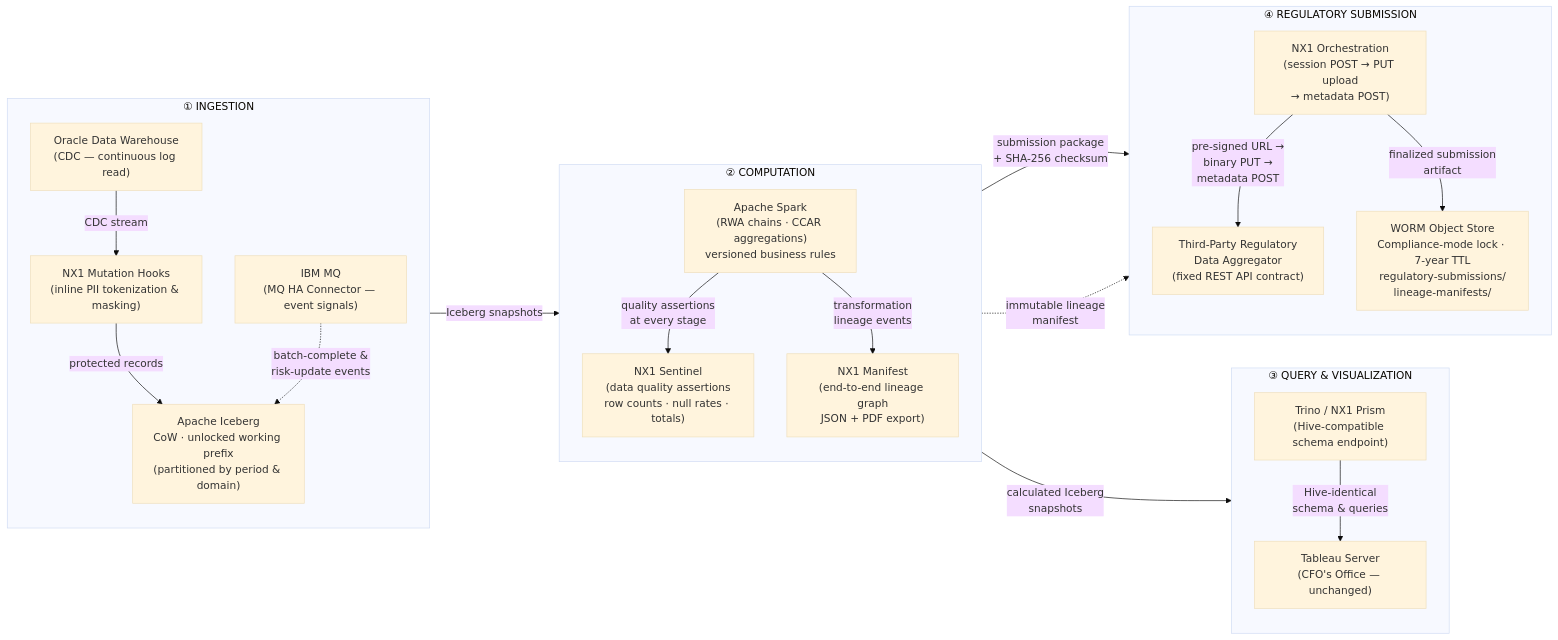
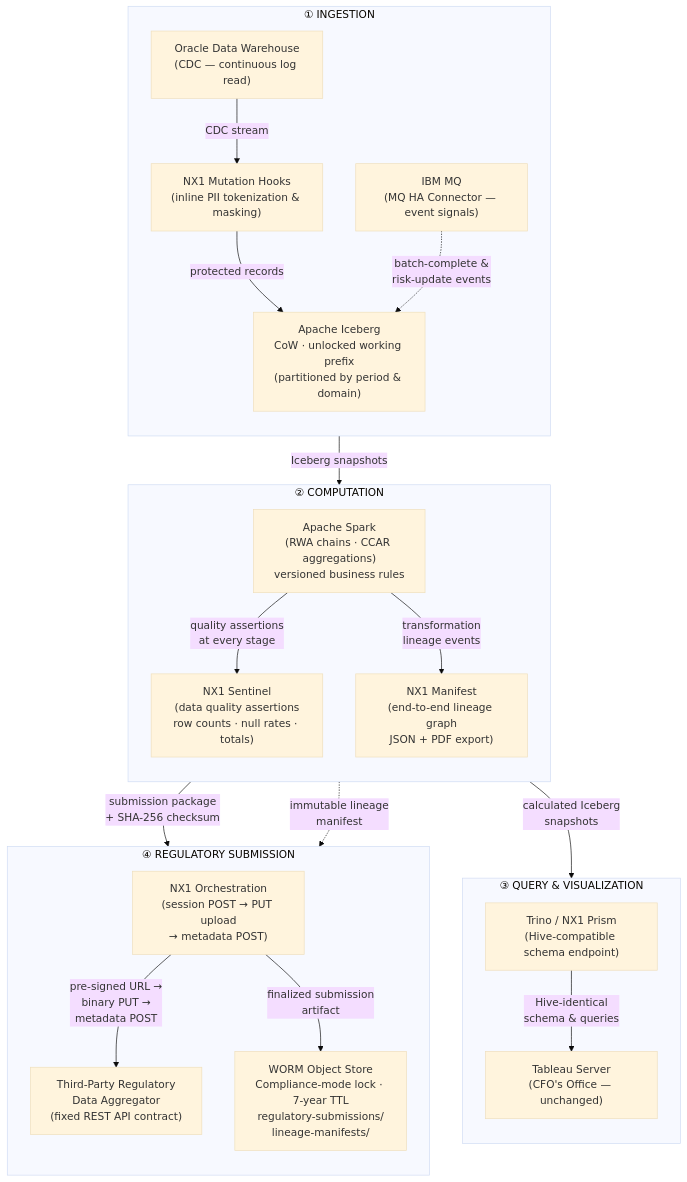
Before and after one commit to pravinbhat/pravinbhat.github.io: the second of 2 diagrams in nx1_sa_review_board_memo.md, drawn with Mermaid (base theme). The commit also changed other lines of this file, not shown here.

Commit message:
Change flowchart direction in review board memo
Updated mermaid flowchart direction from LR to TB and TD.

````diff
--- a/nx1_sa_review_board_memo.md
+++ b/nx1_sa_review_board_memo.md
@@ -106,52 +106,52 @@
 ```mermaid
-flowchart LR
+flowchart TD
     %% ── INGESTION ──────────────────────────────────────────
     subgraph INGESTION["① INGESTION"]
         direction TB
         ORA["Oracle Data Warehouse\n(CDC — continuous log read)"]
         MQ["IBM MQ\n(MQ HA Connector — event signals)"]
         HOOKS["NX1 Mutation Hooks\n(inline PII tokenization & masking)"]
         ICE["Apache Iceberg\nCoW · unlocked working prefix\n(partitioned by period & domain)"]
 
         ORA -->|"CDC stream"| HOOKS
         HOOKS -->|"protected records"| ICE
         MQ -.->|"batch-complete &\nrisk-update events"| ICE
     end
 
     %% ── COMPUTATION ─────────────────────────────────────────
     subgraph COMPUTE["② COMPUTATION"]
         direction TB
         SPARK["Apache Spark\n(RWA chains · CCAR aggregations)\nversioned business rules"]
         SENTINEL["NX1 Sentinel\n(data quality assertions\nrow counts · null rates · totals)"]
         MANIFEST["NX1 Manifest\n(end-to-end lineage graph\nJSON + PDF export)"]
 
         SPARK -->|"quality assertions\nat every stage"| SENTINEL
         SPARK -->|"transformation\nlineage events"| MANIFEST
     end
 
     %% ── QUERY & VISUALIZATION ────────────────────────────────
     subgraph QUERY["③ QUERY & VISUALIZATION"]
         direction TB
         PRISM["Trino / NX1 Prism\n(Hive-compatible schema endpoint)"]
         TABLEAU["Tableau Server\n(CFO's Office — unchanged)"]
 
         PRISM -->|"Hive-identical\nschema & queries"| TABLEAU
     end
 
     %% ── REGULATORY SUBMISSION ────────────────────────────────
     subgraph SUBMIT["④ REGULATORY SUBMISSION"]
         direction TB
         ORCH["NX1 Orchestration\n(session POST → PUT upload\n→ metadata POST)"]
         AGG["Third-Party Regulatory\nData Aggregator\n(fixed REST API contract)"]
         WORM["WORM Object Store\nCompliance-mode lock · 7-year TTL\nregulatory-submissions/\nlineage-manifests/"]
 
         ORCH -->|"pre-signed URL →\nbinary PUT →\nmetadata POST"| AGG
         ORCH -->|"finalized submission\nartifact"| WORM
     end
 
     %% ── CROSS-STAGE EDGES ────────────────────────────────────
     ICE   -->|"Iceberg snapshots"| SPARK
     SPARK -->|"calculated Iceberg\nsnapshots"| PRISM
     SPARK -->|"submission package\n+ SHA-256 checksum"| ORCH
     MANIFEST -.->|"immutable lineage\nmanifest"| WORM
 ```
````
